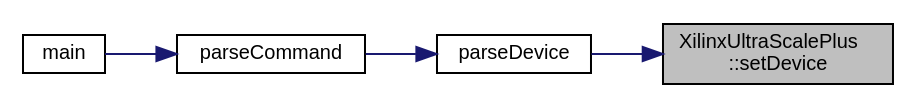
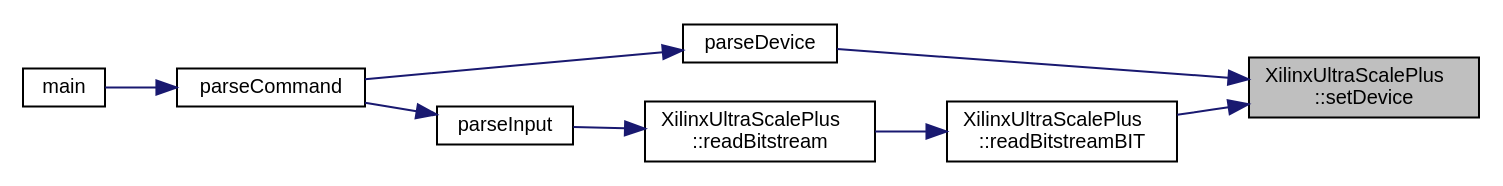
Before and after one commit to FPGA-Research-Manchester/byteman: the diagram in classXilinxUltraScalePlus_a762297dd90b02efcbb4a4aa0274dd34b_icgraph.dot, drawn with Graphviz. The commit also changed 170 other files, not shown here.

```diff
--- a/classXilinxUltraScalePlus_a762297dd90b02efcbb4a4aa0274dd34b_icgraph.dot
+++ b/classXilinxUltraScalePlus_a762297dd90b02efcbb4a4aa0274dd34b_icgraph.dot
@@ -1,15 +1,22 @@
 digraph "XilinxUltraScalePlus::setDevice"
 {
  // INTERACTIVE_SVG=YES
  // LATEX_PDF_SIZE
   edge [fontname="Helvetica",fontsize="10",labelfontname="Helvetica",labelfontsize="10"];
   node [fontname="Helvetica",fontsize="10",shape=record];
   rankdir="RL";
   Node1 [label="XilinxUltraScalePlus\l::setDevice",height=0.2,width=0.4,color="black", fillcolor="grey75", style="filled", fontcolor="black",tooltip=" "];
   Node1 -> Node2 [dir="back",color="midnightblue",fontsize="10",style="solid",fontname="Helvetica"];
   Node2 [label="parseDevice",height=0.2,width=0.4,color="black", fillcolor="white", style="filled",URL="$byteman_8cpp.html#a883440ce4fd99a9d8375dd36b34346ee",tooltip=" "];
   Node2 -> Node3 [dir="back",color="midnightblue",fontsize="10",style="solid",fontname="Helvetica"];
   Node3 [label="parseCommand",height=0.2,width=0.4,color="black", fillcolor="white", style="filled",URL="$byteman_8cpp.html#a913ad3944130fafece24fe460db9b6aa",tooltip=" "];
   Node3 -> Node4 [dir="back",color="midnightblue",fontsize="10",style="solid",fontname="Helvetica"];
   Node4 [label="main",height=0.2,width=0.4,color="black", fillcolor="white", style="filled",URL="$byteman_8cpp.html#a0ddf1224851353fc92bfbff6f499fa97",tooltip=" "];
+  Node1 -> Node5 [dir="back",color="midnightblue",fontsize="10",style="solid",fontname="Helvetica"];
+  Node5 [label="XilinxUltraScalePlus\l::readBitstreamBIT",height=0.2,width=0.4,color="black", fillcolor="white", style="filled",URL="$classXilinxUltraScalePlus.html#a769ebbdec0576b08602bbc49f9d6ceef",tooltip=" "];
+  Node5 -> Node6 [dir="back",color="midnightblue",fontsize="10",style="solid",fontname="Helvetica"];
+  Node6 [label="XilinxUltraScalePlus\l::readBitstream",height=0.2,width=0.4,color="black", fillcolor="white", style="filled",URL="$classXilinxUltraScalePlus.html#a0e5d08a2e5c37a29a1a04d50b48739d2",tooltip=" "];
+  Node6 -> Node7 [dir="back",color="midnightblue",fontsize="10",style="solid",fontname="Helvetica"];
+  Node7 [label="parseInput",height=0.2,width=0.4,color="black", fillcolor="white", style="filled",URL="$byteman_8cpp.html#a4dbd88e4909b2f0429f9d0b2fc2608bb",tooltip=" "];
+  Node7 -> Node3 [dir="back",color="midnightblue",fontsize="10",style="solid",fontname="Helvetica"];
 }
```
